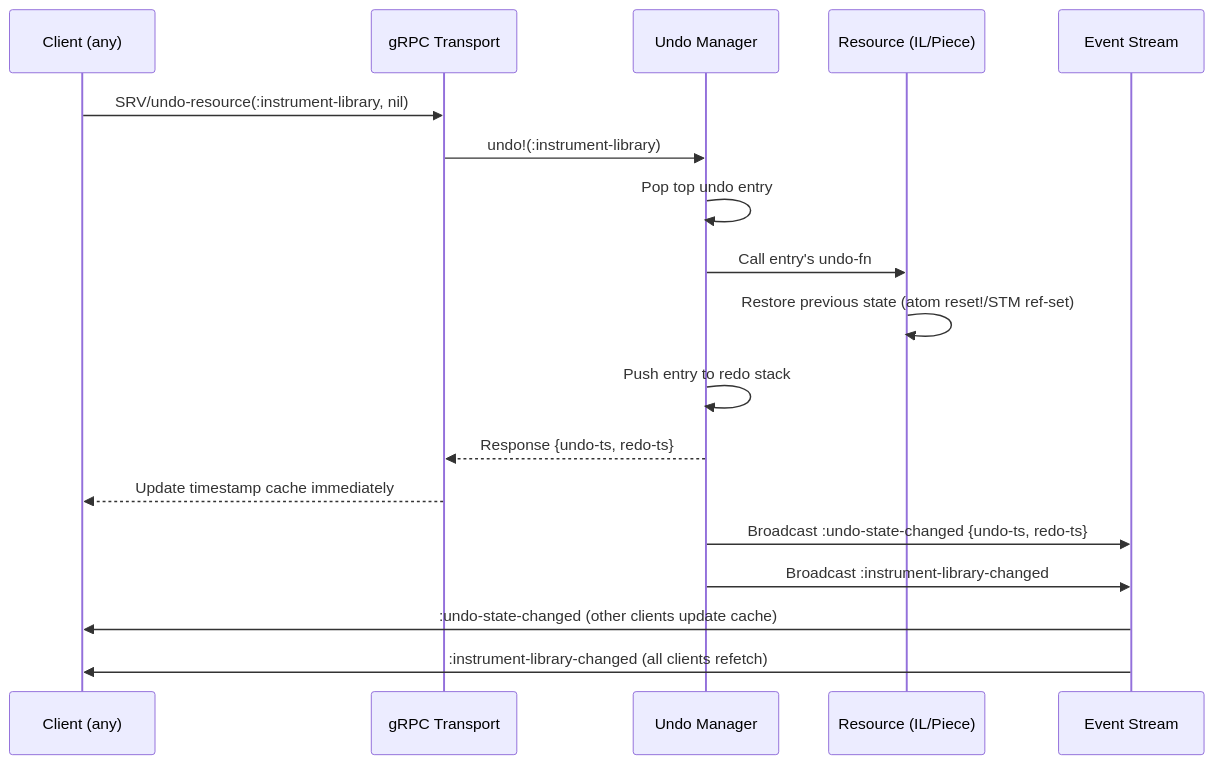
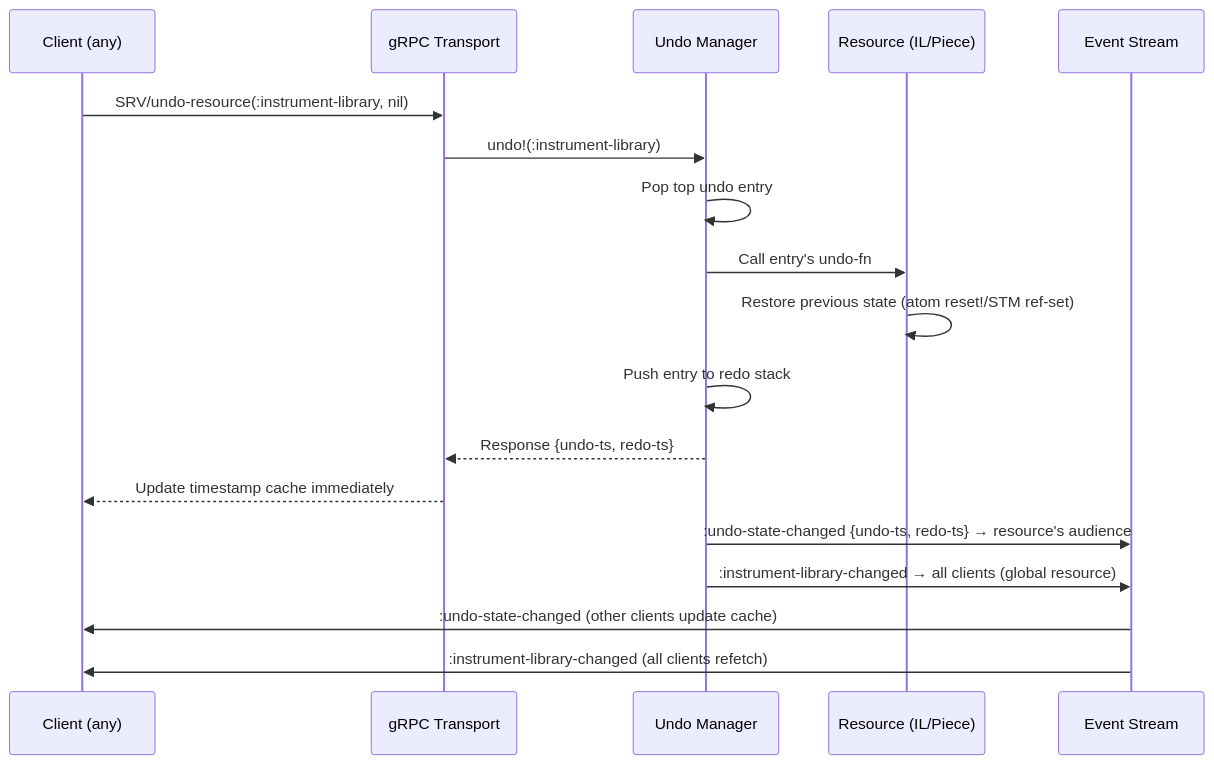
One commit to PeterBengtson/Ooloi-docs changed the first of 3 diagrams in ADRs/0015-Undo-and-Redo.md. Above: the diagram before and after it, drawn with Mermaid. The commit also changed other lines of this file and 7 other files, not shown here.

````diff
--- a/ADRs/0015-Undo-and-Redo.md
+++ b/ADRs/0015-Undo-and-Redo.md
@@ -643,21 +669,21 @@
 ```mermaid
 sequenceDiagram
     participant C as Client (any)
     participant G as gRPC Transport
     participant UM as Undo Manager
     participant R as Resource (IL/Piece)
     participant E as Event Stream
 
     C->>G: SRV/undo-resource(:instrument-library, nil)
     G->>UM: undo!(:instrument-library)
     UM->>UM: Pop top undo entry
     UM->>R: Call entry's undo-fn
     R->>R: Restore previous state (atom reset!/STM ref-set)
     UM->>UM: Push entry to redo stack
     UM-->>G: Response {undo-ts, redo-ts}
     G-->>C: Update timestamp cache immediately
-    UM->>E: Broadcast :undo-state-changed {undo-ts, redo-ts}
-    UM->>E: Broadcast :instrument-library-changed
+    UM->>E: :undo-state-changed {undo-ts, redo-ts} → resource's audience
+    UM->>E: :instrument-library-changed → all clients (global resource)
     E->>C: :undo-state-changed (other clients update cache)
     E->>C: :instrument-library-changed (all clients refetch)
 ```
````
